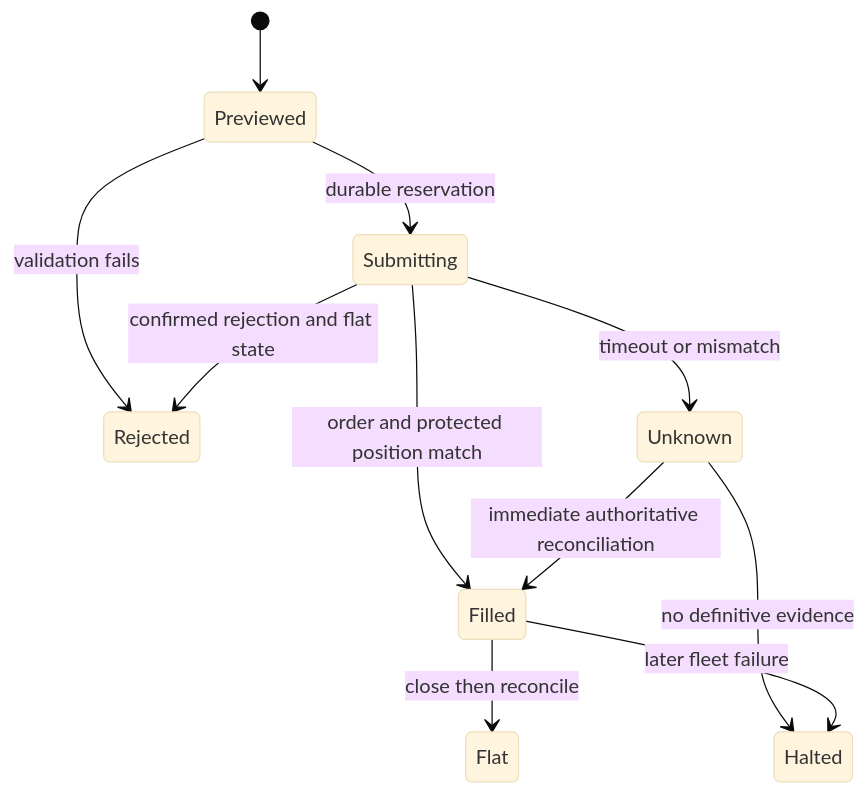
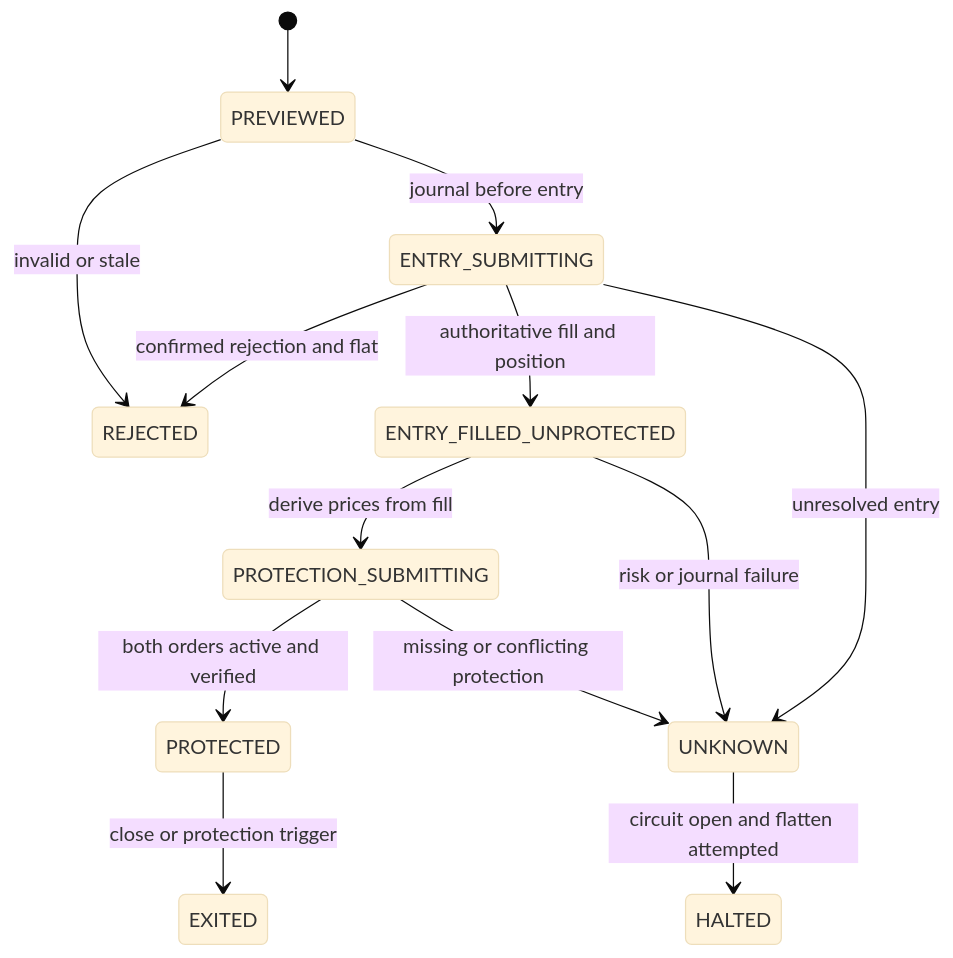
One commit to Mahdi451/vest-fleet-controller changed the diagram in docs/execution-model.md. Above: the diagram before and after it, drawn with Mermaid (base theme). The commit also changed other lines of this file and 17 other files, not shown here.

````diff
--- a/docs/execution-model.md
+++ b/docs/execution-model.md
@@ -14,13 +28,15 @@
 ```mermaid
 stateDiagram-v2
-  [*] --> Previewed
-  Previewed --> Rejected: validation fails
-  Previewed --> Submitting: durable reservation
-  Submitting --> Filled: order and protected position match
-  Submitting --> Rejected: confirmed rejection and flat state
-  Submitting --> Unknown: timeout or mismatch
-  Unknown --> Filled: immediate authoritative reconciliation
-  Unknown --> Halted: no definitive evidence
-  Filled --> Flat: close then reconcile
-  Filled --> Halted: later fleet failure
+  [*] --> PREVIEWED
+  PREVIEWED --> REJECTED: invalid or stale
+  PREVIEWED --> ENTRY_SUBMITTING: journal before entry
+  ENTRY_SUBMITTING --> REJECTED: confirmed rejection and flat
+  ENTRY_SUBMITTING --> ENTRY_FILLED_UNPROTECTED: authoritative fill and position
+  ENTRY_FILLED_UNPROTECTED --> PROTECTION_SUBMITTING: derive prices from fill
+  PROTECTION_SUBMITTING --> PROTECTED: both orders active and verified
+  ENTRY_SUBMITTING --> UNKNOWN: unresolved entry
+  ENTRY_FILLED_UNPROTECTED --> UNKNOWN: risk or journal failure
+  PROTECTION_SUBMITTING --> UNKNOWN: missing or conflicting protection
+  UNKNOWN --> HALTED: circuit open and flatten attempted
+  PROTECTED --> EXITED: close or protection trigger
 ```
````
